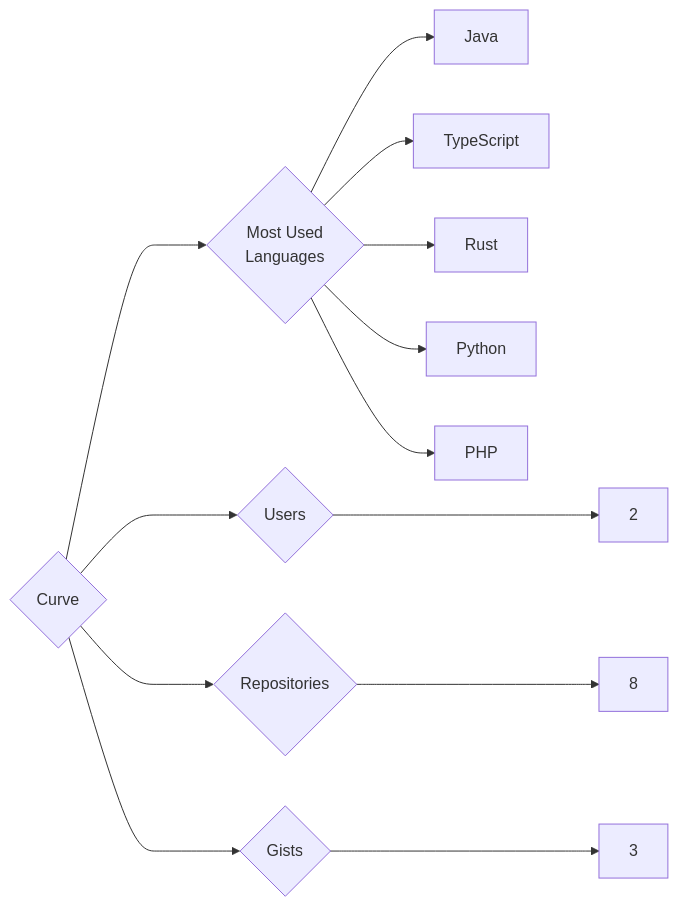
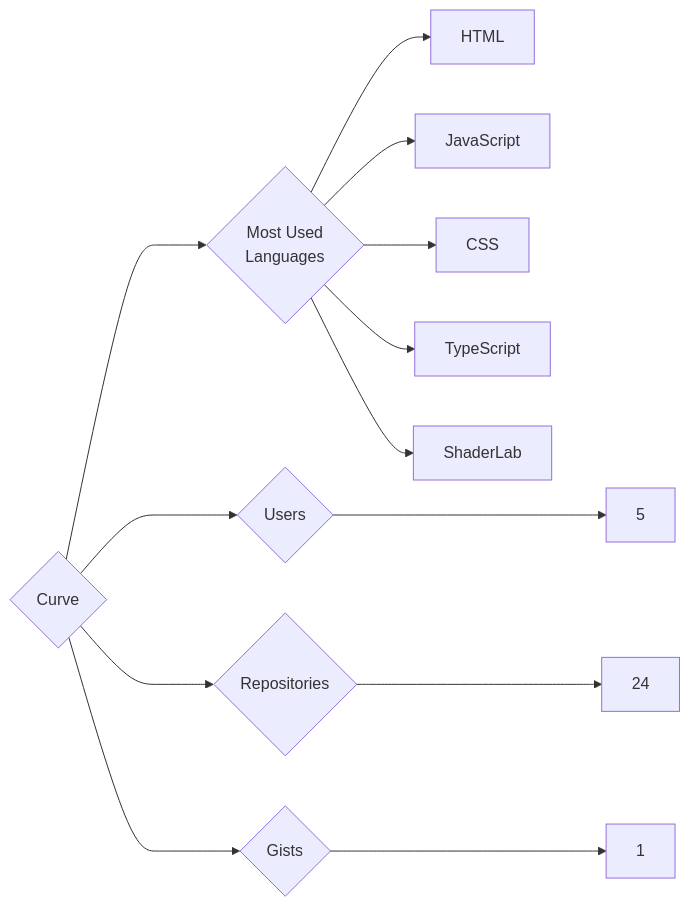
One commit to trickest/insiders changed the diagram in targets/Curve/README.md. Above: the diagram before and after it, drawn with Mermaid. The commit also changed 1023 other files, not shown here.

````diff
--- a/targets/Curve/README.md
+++ b/targets/Curve/README.md
@@ -3,13 +3,13 @@
 ```mermaid
 graph LR
 COMPANY_NAME{Curve}
-COMPANY_NAME ---> U{Users} ---> UN[2]
-COMPANY_NAME ---> R{Repositories} ---> RN[8]
-COMPANY_NAME ---> G{Gists} ---> GN[3]
+COMPANY_NAME ---> U{Users} ---> UN[5]
+COMPANY_NAME ---> R{Repositories} ---> RN[24]
+COMPANY_NAME ---> G{Gists} ---> GN[1]
 COMPANY_NAME ---> ML{Most Used<br>Languages}
-ML --> Java[Java]
+ML --> HTML[HTML]
+ML --> JavaScript[JavaScript]
+ML --> CSS[CSS]
 ML --> TypeScript[TypeScript]
-ML --> Rust[Rust]
-ML --> Python[Python]
-ML --> PHP[PHP]
+ML --> ShaderLab[ShaderLab]
 ```
````
